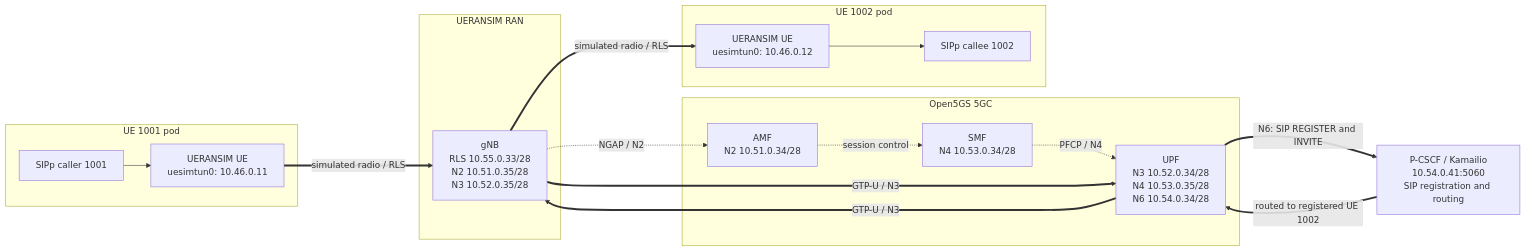
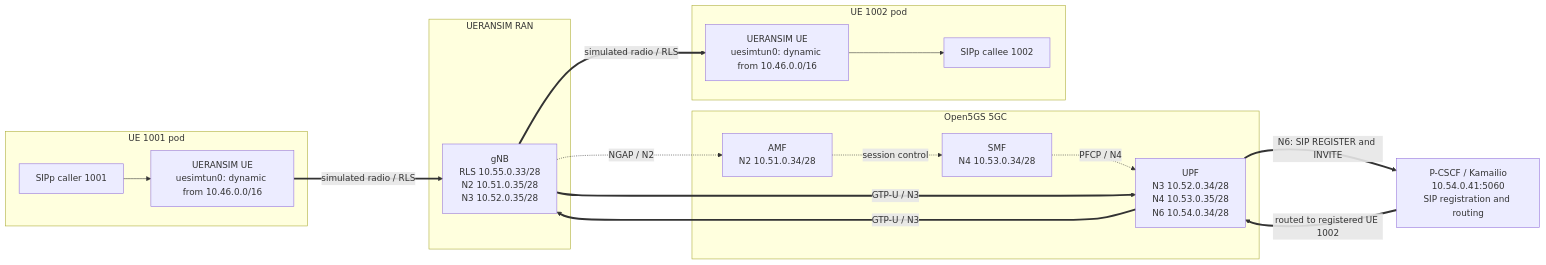
Before and after one commit to infinitydon/telco-helm-charts: the diagram in open5gs-vonr/README.md, drawn with Mermaid. The commit also changed other lines of this file and 3 other files, not shown here.

Commit message:
Add two-UE Open5GS VoNR simulation chart

````diff
--- a/open5gs-vonr/README.md
+++ b/open5gs-vonr/README.md
@@ -31,36 +31,36 @@
 ```mermaid
 flowchart LR
   subgraph UE1P["UE 1001 pod"]
-    U1["UERANSIM UE\nuesimtun0: 10.46.0.11"]
+    U1["UERANSIM UE\nuesimtun0: dynamic from 10.46.0.0/16"]
     S1["SIPp caller 1001"]
     S1 --> U1
   end
 
   subgraph RAN["UERANSIM RAN"]
     GNB["gNB\nRLS 10.55.0.33/28\nN2 10.51.0.35/28\nN3 10.52.0.35/28"]
   end
 
   subgraph CORE["Open5GS 5GC"]
     AMF["AMF\nN2 10.51.0.34/28"]
     SMF["SMF\nN4 10.53.0.34/28"]
     UPF["UPF\nN3 10.52.0.34/28\nN4 10.53.0.35/28\nN6 10.54.0.34/28"]
     AMF -. "session control" .-> SMF
     SMF -. "PFCP / N4" .-> UPF
   end
 
   PCSCF["P-CSCF / Kamailio\n10.54.0.41:5060\nSIP registration and routing"]
 
   subgraph UE2P["UE 1002 pod"]
-    U2["UERANSIM UE\nuesimtun0: 10.46.0.12"]
+    U2["UERANSIM UE\nuesimtun0: dynamic from 10.46.0.0/16"]
     S2["SIPp callee 1002"]
     U2 --> S2
   end
 
   U1 == "simulated radio / RLS" ==> GNB
   GNB -. "NGAP / N2" .-> AMF
   GNB == "GTP-U / N3" ==> UPF
   UPF == "N6: SIP REGISTER and INVITE" ==> PCSCF
   PCSCF == "routed to registered UE 1002" ==> UPF
   UPF == "GTP-U / N3" ==> GNB
   GNB == "simulated radio / RLS" ==> U2
 ```
````
